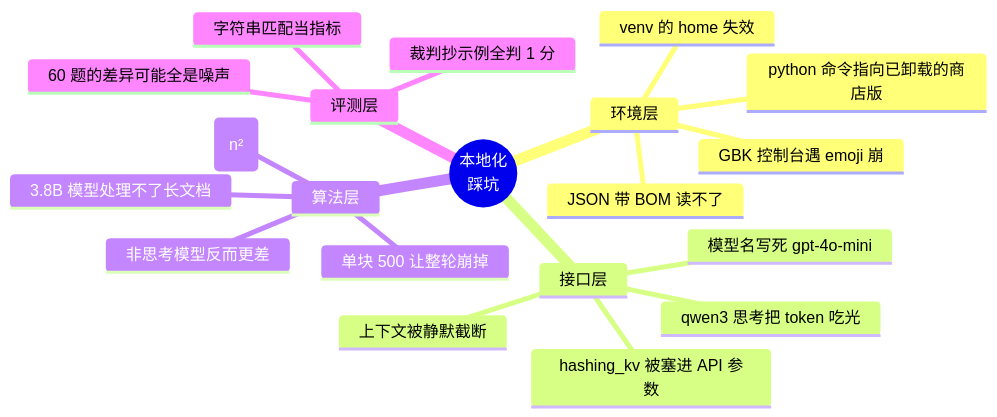
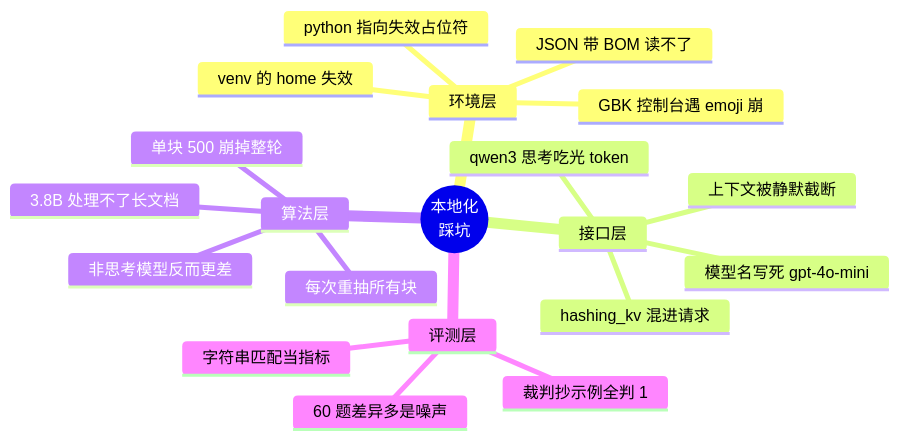
Before and after one commit to roza2006/minirag-ollama-local: the fourth of 5 diagrams in README.md, drawn with Mermaid. The commit also changed other lines of this file, not shown here.

Commit message:
README: 缩短思维导图节点文字，避免在 GitHub 上被裁切

````diff
--- a/README.md
+++ b/README.md
@@ -115,23 +115,23 @@
 ```mermaid
 mindmap
   root((本地化<br/>踩坑))
     环境层
-      python 命令指向已卸载的商店版
+      python 指向失效占位符
       venv 的 home 失效
       GBK 控制台遇 emoji 崩
       JSON 带 BOM 读不了
     接口层
-      hashing_kv 被塞进 API 参数
+      hashing_kv 混进请求
       模型名写死 gpt-4o-mini
-      qwen3 思考把 token 吃光
+      qwen3 思考吃光 token
       上下文被静默截断
     算法层
-      每次重抽所有块 O(n²)
-      单块 500 让整轮崩掉
-      3.8B 模型处理不了长文档
+      每次重抽所有块
+      单块 500 崩掉整轮
+      3.8B 处理不了长文档
       非思考模型反而更差
     评测层
-      裁判抄示例全判 1 分
+      裁判抄示例全判 1
       字符串匹配当指标
-      60 题的差异可能全是噪声
+      60 题差异多是噪声
 ```
````
